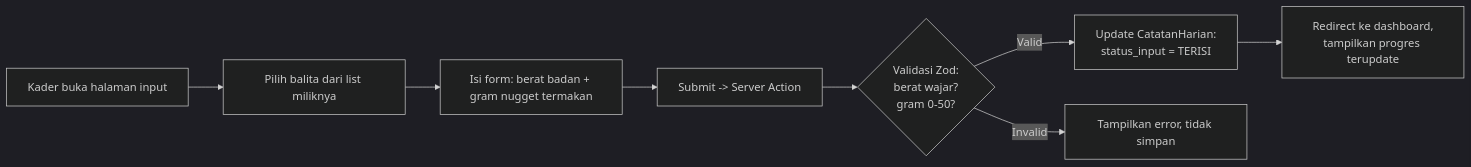
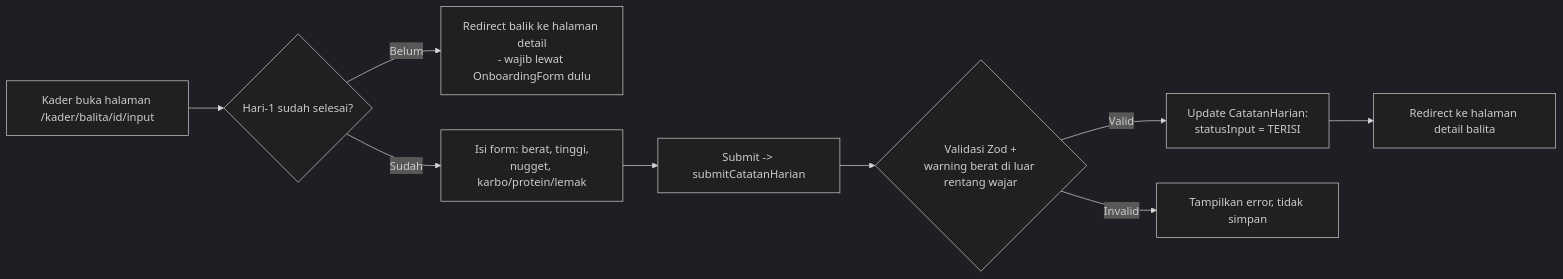
The fourth of 5 diagrams in architecture.md (Makipak/pakanBayi), drawn with Mermaid (dark theme) before and after one commit. The commit also changed other lines of this file and 7 other files, not shown here.

````diff
--- a/architecture.md
+++ b/architecture.md
@@ -133,10 +186,11 @@
 ```mermaid
 graph LR
-    A[Kader buka halaman input] --> B[Pilih balita dari list miliknya]
-    B --> C[Isi form: berat badan + gram nugget termakan]
-    C --> D[Submit -> Server Action]
-    D --> E{Validasi Zod:\nberat wajar?\ngram 0-50?}
-    E -->|Valid| F[Update CatatanHarian:\nstatus_input = TERISI]
-    E -->|Invalid| G[Tampilkan error, tidak simpan]
-    F --> H[Redirect ke dashboard,\ntampilkan progres terupdate]
+    A[Kader buka halaman /kader/balita/id/input] --> B{Hari-1 sudah selesai?}
+    B -->|Belum| C[Redirect balik ke halaman detail\n- wajib lewat OnboardingForm dulu]
+    B -->|Sudah| D[Isi form: berat, tinggi,\nnugget, karbo/protein/lemak]
+    D --> E[Submit -> submitCatatanHarian]
+    E --> F{Validasi Zod +\nwarning berat di luar rentang wajar}
+    F -->|Valid| G[Update CatatanHarian:\nstatusInput = TERISI]
+    F -->|Invalid| H[Tampilkan error, tidak simpan]
+    G --> I[Redirect ke halaman detail balita]
 ```
````
